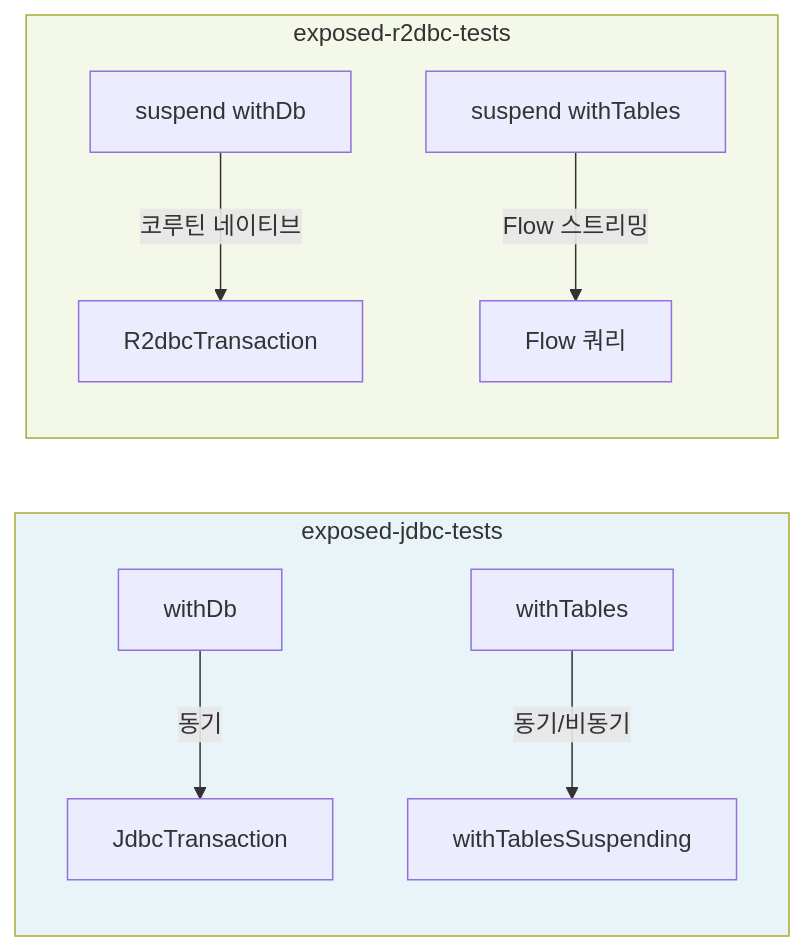
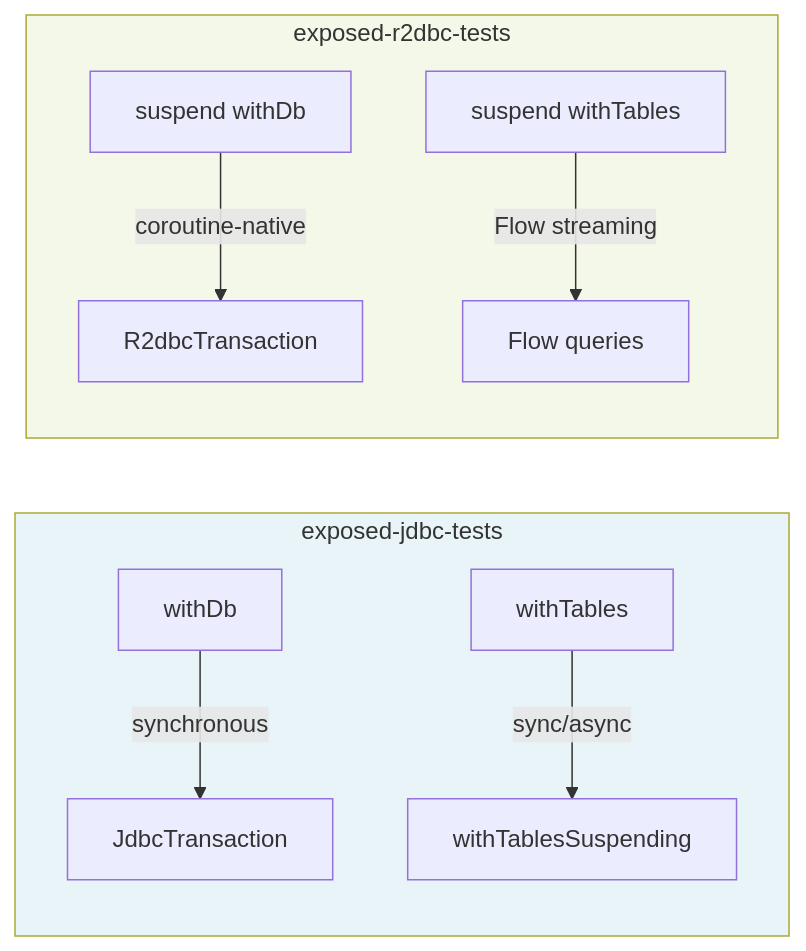
Before and after one commit to bluetape4k/bluetape4k-projects: the second of 2 diagrams in data/exposed-r2dbc-tests/README.md, drawn with Mermaid. The commit also changed other lines of this file and 265 other files, not shown here.

````diff
--- a/data/exposed-r2dbc-tests/README.md
+++ b/data/exposed-r2dbc-tests/README.md
@@ -310,14 +312,14 @@
 ```mermaid
 flowchart LR
     subgraph JDBC_Tests["exposed-jdbc-tests"]
-        J1[withDb] -->|동기| J2[JdbcTransaction]
-        J3[withTables] -->|동기/비동기| J4[withTablesSuspending]
+        J1[withDb] -->|synchronous| J2[JdbcTransaction]
+        J3[withTables] -->|sync/async| J4[withTablesSuspending]
     end
     subgraph R2DBC_Tests["exposed-r2dbc-tests"]
-        R1[suspend withDb] -->|코루틴 네이티브| R2[R2dbcTransaction]
-        R3[suspend withTables] -->|Flow 스트리밍| R4[Flow 쿼리]
+        R1[suspend withDb] -->|coroutine-native| R2[R2dbcTransaction]
+        R3[suspend withTables] -->|Flow streaming| R4[Flow queries]
     end
 
     style JDBC_Tests fill:#e8f4f8
     style R2DBC_Tests fill:#f4f8e8
 ```
````
